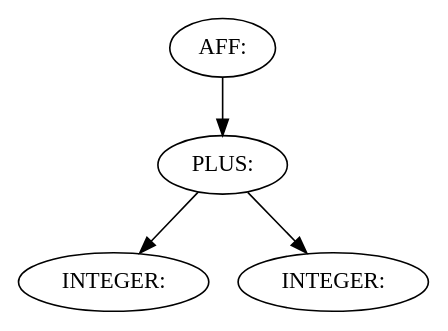
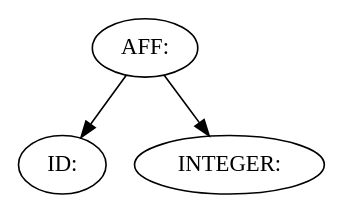
Before and after one commit to malialili/Projet-Compilation: the diagram in data/syntAbstr.dot, drawn with Graphviz. The commit also changed 148 other files, not shown here.

```diff
--- a/data/syntAbstr.dot
+++ b/data/syntAbstr.dot
@@ -1,8 +1,6 @@
-digraph ArbreSyntAbstr {3 [label="AFF:"];
-2 [label="PLUS:"];
-0 [label="INTEGER:"];
+digraph ArbreSyntAbstr {2 [label="AFF:"];
+0 [label="ID:"];
 2 -> 0 [label=""];
 1 [label="INTEGER:"];
 2 -> 1 [label=""];
-3 -> 2 [label=""];
 }
```
